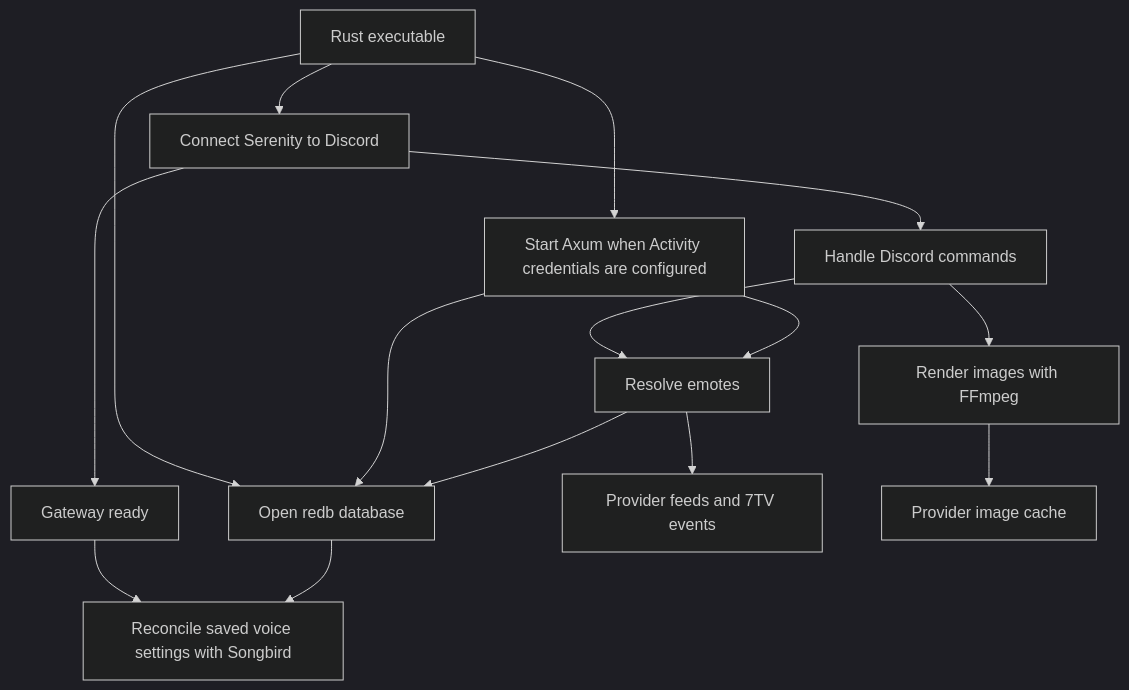
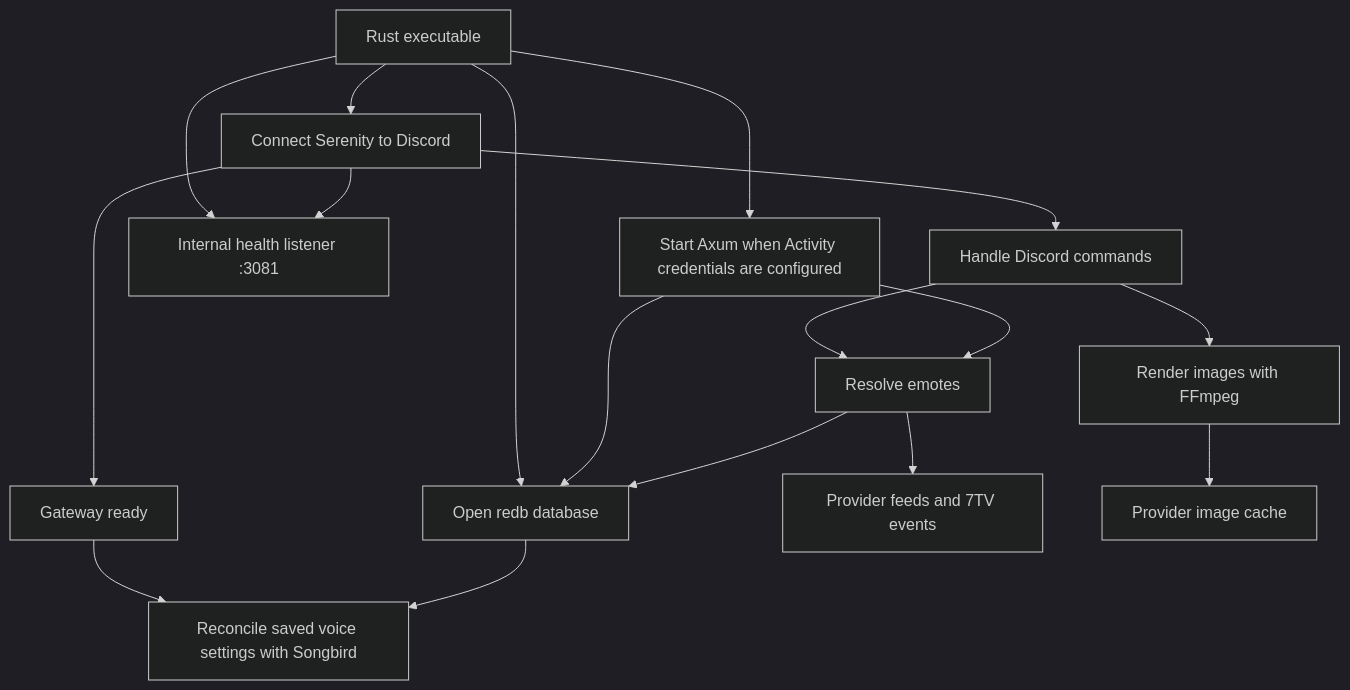
One commit to MrewyOrg/Botge changed the first of 3 diagrams in docs/ARCHITECTURE.md. Above: the diagram before and after it, drawn with Mermaid (dark theme). The commit also changed other lines of this file and 55 other files, not shown here.

````diff
--- a/docs/ARCHITECTURE.md
+++ b/docs/ARCHITECTURE.md
@@ -25,17 +27,19 @@
 ```mermaid
 flowchart TD
     Start["Rust executable"] --> Store["Open redb database"]
     Start --> Discord["Connect Serenity to Discord"]
     Start --> API["Start Axum when Activity credentials are configured"]
+    Start --> Health["Internal health listener :3081"]
+    Discord --> Health
     Discord --> Ready["Gateway ready"]
     Ready --> Voice["Reconcile saved voice settings with Songbird"]
     Store --> Voice
     API --> Store
     Discord --> Commands["Handle Discord commands"]
     Commands --> Catalog["Resolve emotes"]
     Commands --> Renderer["Render images with FFmpeg"]
     API --> Catalog
     Catalog --> Store
     Catalog --> Providers["Provider feeds and 7TV events"]
     Renderer --> Cache["Provider image cache"]
 ```
````
